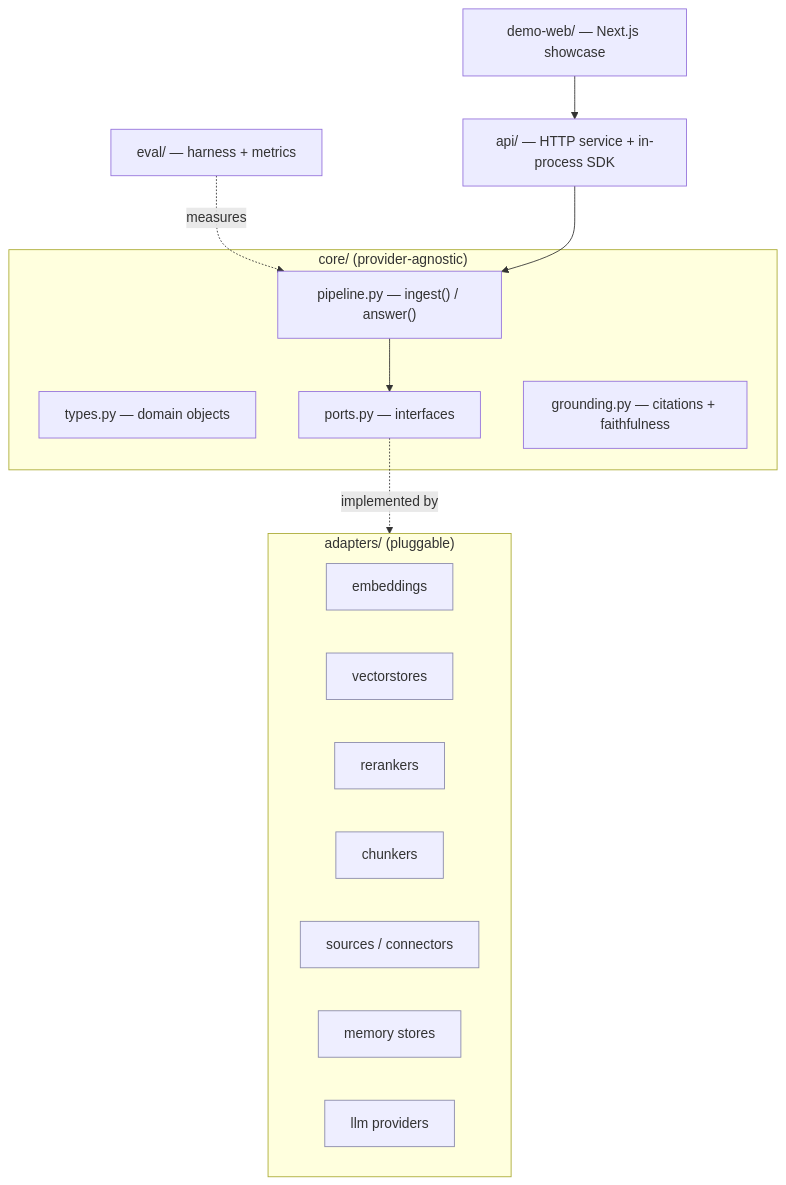
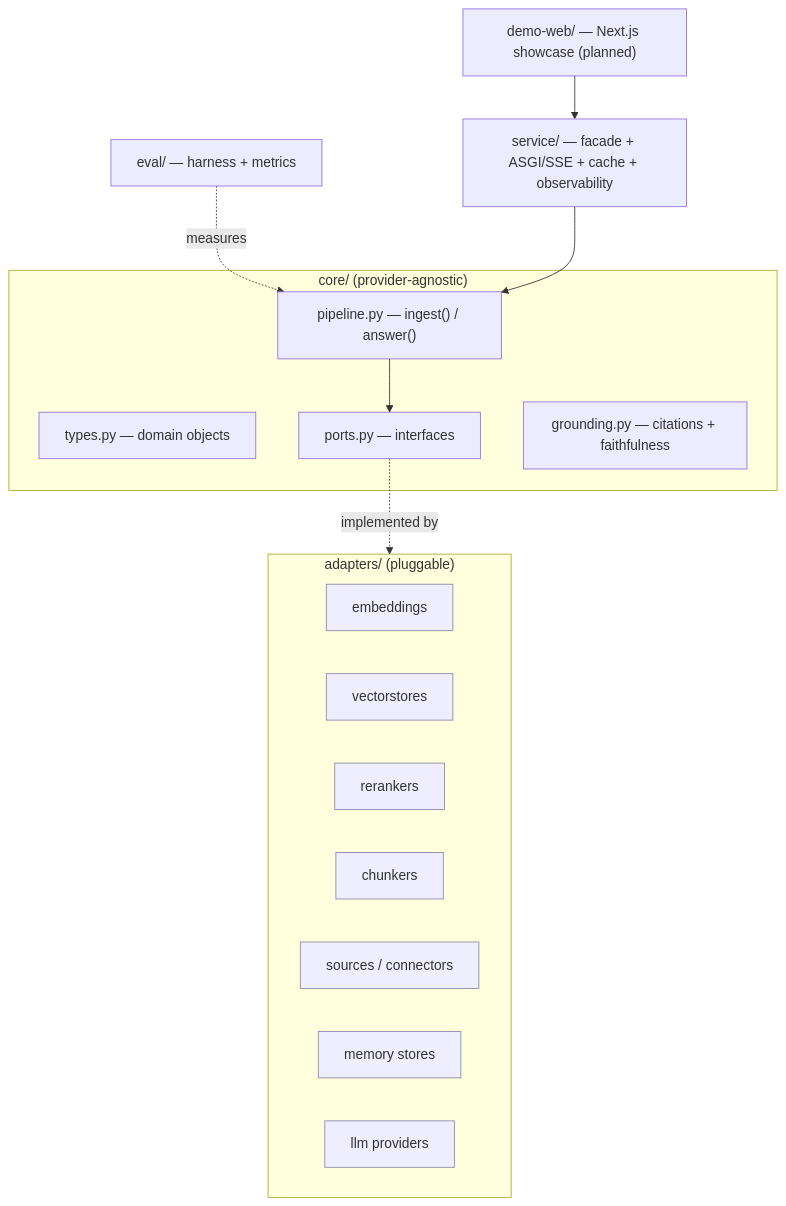
The first of 2 diagrams in docs/architecture.md (dTrans4M-R/RaCore), drawn with Mermaid before and after one commit. The commit also changed other lines of this file and 2 other files, not shown here.

First line of the commit message:
docs: Phase 5 productizing — surface, caching, observability, open-core line

````diff
--- a/docs/architecture.md
+++ b/docs/architecture.md
@@ -20,28 +20,28 @@
 ```mermaid
 flowchart TB
     subgraph core["core/ (provider-agnostic)"]
         T["types.py — domain objects"]
         P["ports.py — interfaces"]
         PL["pipeline.py — ingest() / answer()"]
         G["grounding.py — citations + faithfulness"]
     end
     subgraph adapters["adapters/ (pluggable)"]
         EM["embeddings"]:::a
         VS["vectorstores"]:::a
         RR["rerankers"]:::a
         CH["chunkers"]:::a
         SR["sources / connectors"]:::a
         ME["memory stores"]:::a
         LL["llm providers"]:::a
     end
     EV["eval/ — harness + metrics"]
-    API["api/ — HTTP service + in-process SDK"]
-    WEB["demo-web/ — Next.js showcase"]
+    SVC["service/ — facade + ASGI/SSE + cache + observability"]
+    WEB["demo-web/ — Next.js showcase (planned)"]
 
     PL --> P
     P -.implemented by.-> adapters
     EV -.measures.-> PL
-    API --> PL
-    WEB --> API
+    SVC --> PL
+    WEB --> SVC
     classDef a fill:#eef,stroke:#88a;
 ```
````
